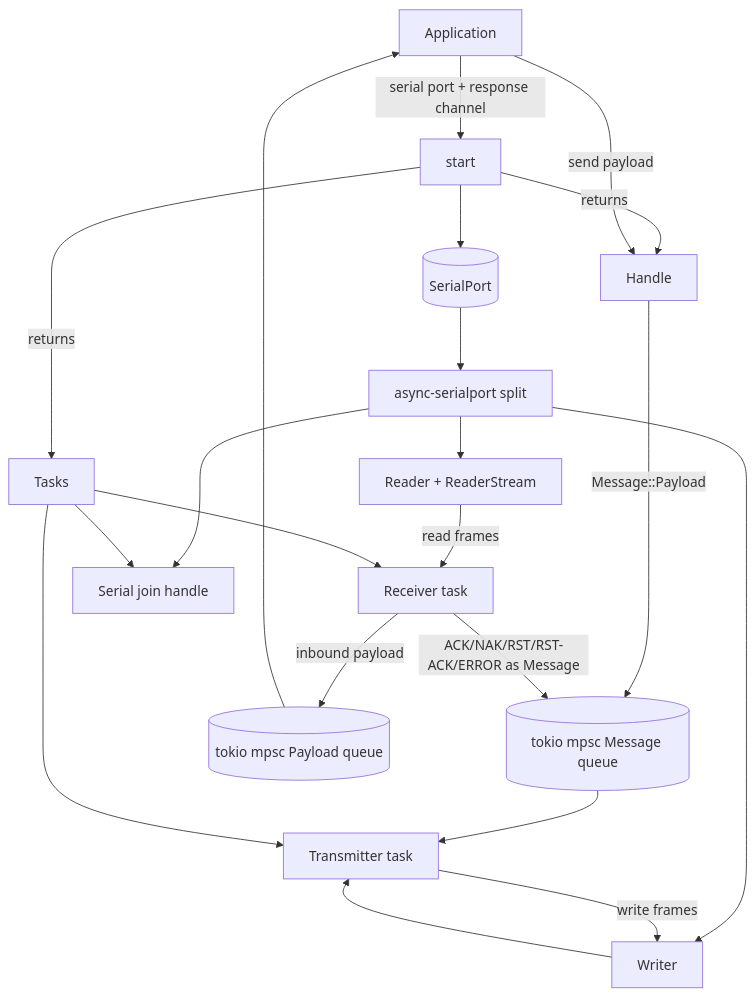
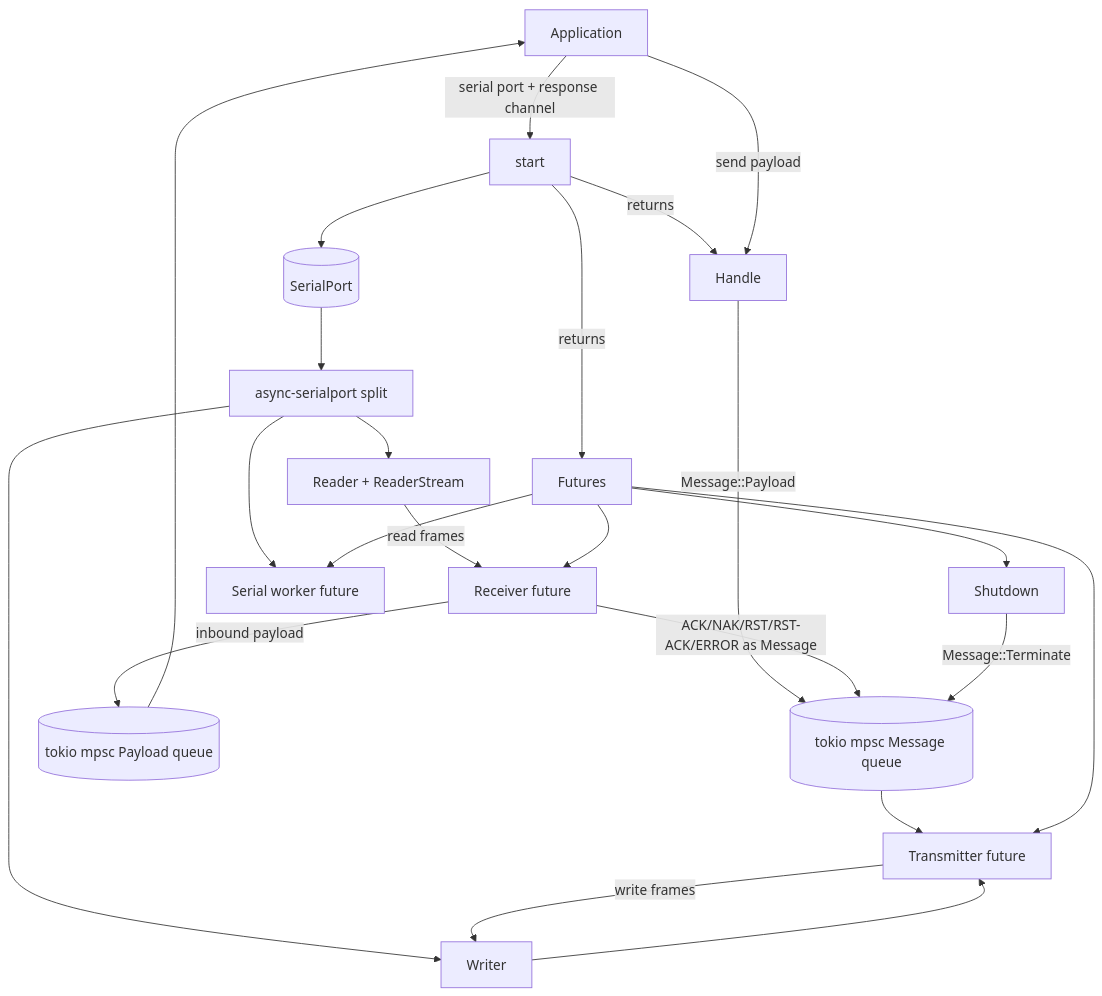
Before and after one commit to PaulmannLighting/ashv2: the first of 4 diagrams in ARCHITECTURE.md, drawn with Mermaid. The commit also changed other lines of this file and 8 other files, not shown here.

````diff
--- a/ARCHITECTURE.md
+++ b/ARCHITECTURE.md
@@ -21,37 +21,40 @@
 ```mermaid
 flowchart TD
     App[Application]
     Start[start]
     Handle[Handle]
-    Tasks[Tasks]
-    Tx[Transmitter task]
-    Rx[Receiver task]
+    Futures[Futures]
+    Shutdown[Shutdown]
+    Tx[Transmitter future]
+    Rx[Receiver future]
     Split[async-serialport split]
     Reader[Reader + ReaderStream]
     Writer[Writer]
-    Join[Serial join handle]
+    Worker[Serial worker future]
     MsgQ[(tokio mpsc Message queue)]
     RespQ[(tokio mpsc Payload queue)]
     Serial[(SerialPort)]
 
     App -->|serial port + response channel| Start
     Start -->|returns| Handle
-    Start -->|returns| Tasks
+    Start -->|returns| Futures
     Start --> Serial
     App -->|send payload| Handle
     Serial --> Split
     Split --> Reader
     Split --> Writer
-    Split --> Join
+    Split --> Worker
     Handle -->|Message::Payload| MsgQ
     MsgQ --> Tx
     Writer --> Tx
     Tx -->|write frames| Writer
     Reader -->|read frames| Rx
     Rx -->|inbound payload| RespQ
     RespQ --> App
     Rx -->|ACK/NAK/RST/RST-ACK/ERROR as Message| MsgQ
-    Tasks --> Tx
-    Tasks --> Rx
-    Tasks --> Join
+    Futures --> Tx
+    Futures --> Rx
+    Futures --> Worker
+    Futures --> Shutdown
+    Shutdown -->|Message::Terminate| MsgQ
 ```
````
